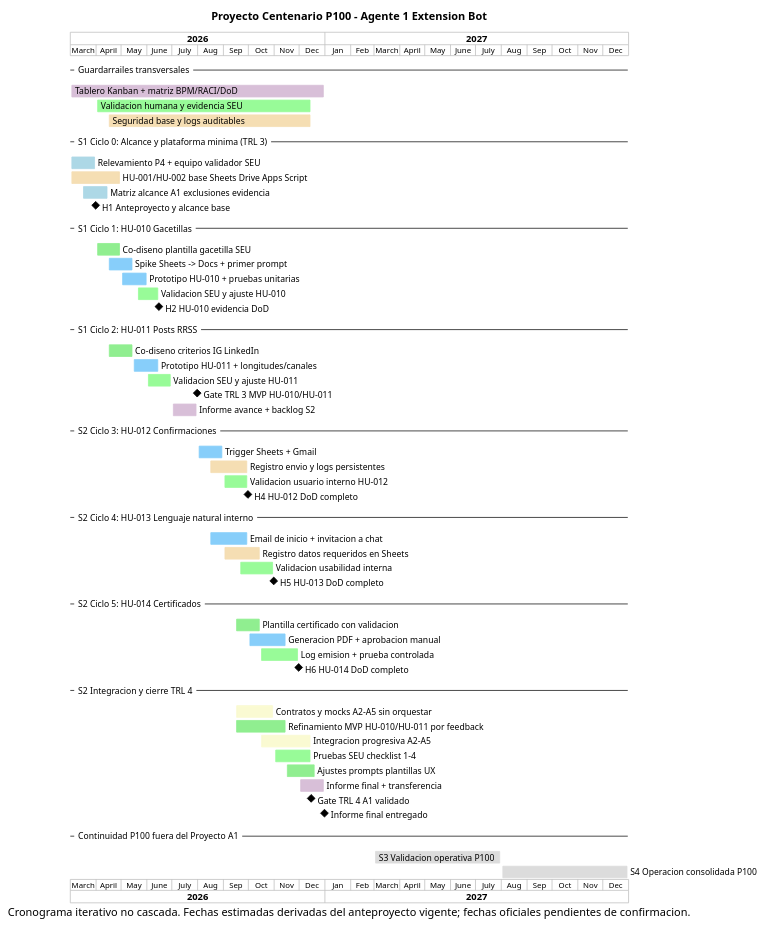
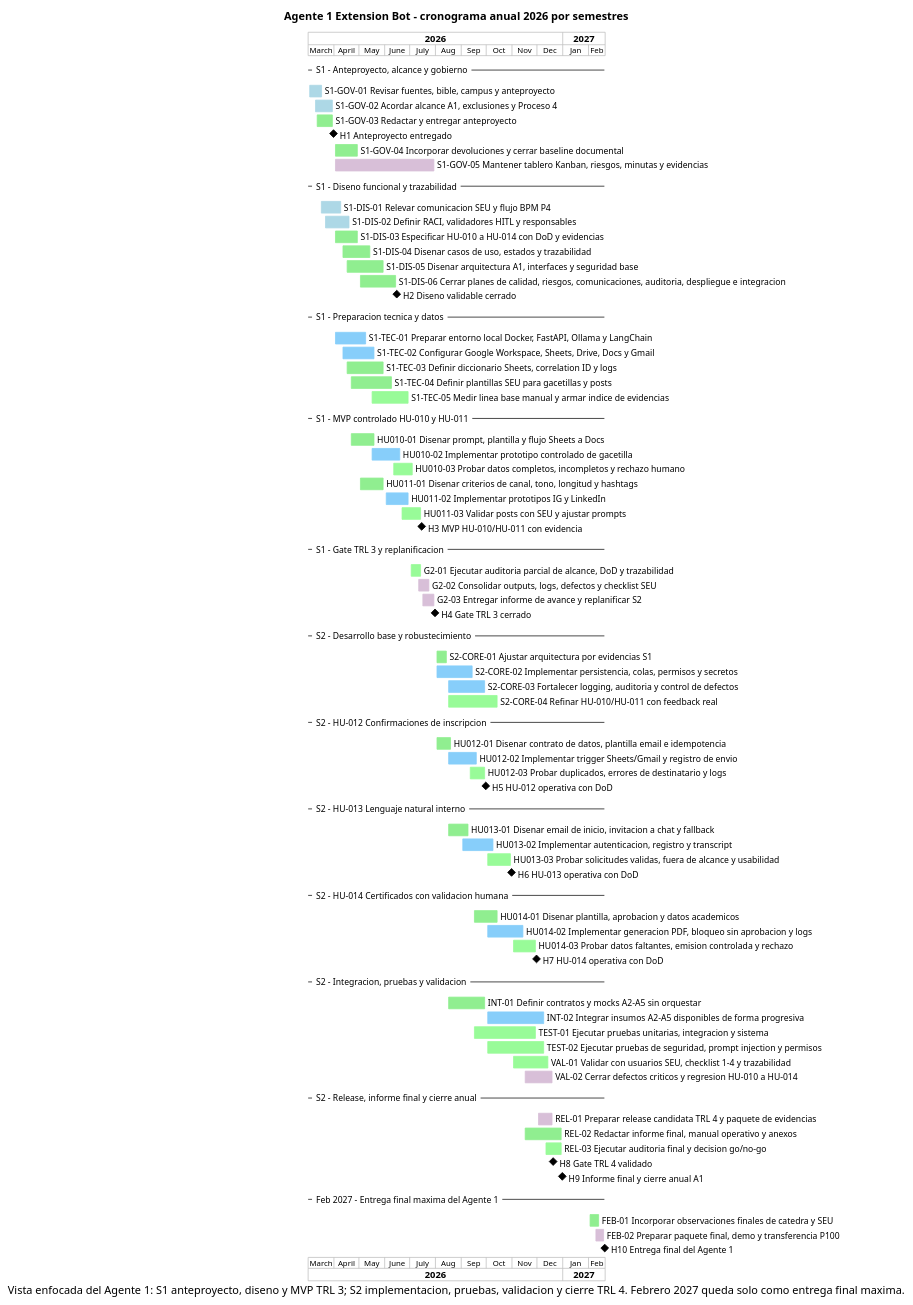
One commit to SpendIce/Proyecto-Final changed the diagram in Documentos/Gantt/diagrama-gantt-agente-1.puml. Above: the diagram before and after it, drawn with PlantUML. The commit also changed 3 other files, not shown here.

Commit message:
docs(gantt): focus agente 1 schedule on 2026

```diff
--- a/Documentos/Gantt/diagrama-gantt-agente-1.puml
+++ b/Documentos/Gantt/diagrama-gantt-agente-1.puml
@@ -1,155 +1,236 @@
 @startgantt
-title Proyecto Centenario P100 - Agente 1 Extension Bot
-caption Cronograma iterativo no cascada. Fechas estimadas derivadas del anteproyecto vigente; fechas oficiales pendientes de confirmacion.
+title Agente 1 Extension Bot - cronograma anual 2026 por semestres
+caption Vista enfocada del Agente 1: S1 anteproyecto, diseno y MVP TRL 3; S2 implementacion, pruebas, validacion y cierre TRL 4. Febrero 2027 queda solo como entrega final maxima.
 
 project starts 2026-03-01
 printscale monthly
 
--- Guardarrailes transversales --
-[Tablero Kanban + matriz BPM/RACI/DoD] starts 2026-03-01
-[Tablero Kanban + matriz BPM/RACI/DoD] ends 2026-12-31
-[Tablero Kanban + matriz BPM/RACI/DoD] is colored in Thistle
+-- S1 - Anteproyecto, alcance y gobierno --
+[S1-GOV-01 Revisar fuentes, bible, campus y anteproyecto] starts 2026-03-01
+[S1-GOV-01 Revisar fuentes, bible, campus y anteproyecto] ends 2026-03-18
+[S1-GOV-01 Revisar fuentes, bible, campus y anteproyecto] is colored in LightBlue
 
-[Validacion humana y evidencia SEU] starts 2026-04-01
-[Validacion humana y evidencia SEU] ends 2026-12-15
-[Validacion humana y evidencia SEU] is colored in PaleGreen
+[S1-GOV-02 Acordar alcance A1, exclusiones y Proceso 4] starts 2026-03-08
+[S1-GOV-02 Acordar alcance A1, exclusiones y Proceso 4] ends 2026-03-31
+[S1-GOV-02 Acordar alcance A1, exclusiones y Proceso 4] is colored in LightBlue
 
-[Seguridad base y logs auditables] starts 2026-04-15
-[Seguridad base y logs auditables] ends 2026-12-15
-[Seguridad base y logs auditables] is colored in Wheat
+[S1-GOV-03 Redactar y entregar anteproyecto] starts 2026-03-10
+[S1-GOV-03 Redactar y entregar anteproyecto] ends 2026-03-31
+[S1-GOV-03 Redactar y entregar anteproyecto] is colored in LightGreen
 
--- S1 Ciclo 0: Alcance y plataforma minima (TRL 3) --
-[Relevamiento P4 + equipo validador SEU] starts 2026-03-01
-[Relevamiento P4 + equipo validador SEU] ends 2026-03-31
-[Relevamiento P4 + equipo validador SEU] is colored in LightBlue
+[H1 Anteproyecto entregado] happens 2026-03-31
 
-[HU-001/HU-002 base Sheets Drive Apps Script] starts 2026-03-01
-[HU-001/HU-002 base Sheets Drive Apps Script] ends 2026-04-30
-[HU-001/HU-002 base Sheets Drive Apps Script] is colored in Wheat
+[S1-GOV-04 Incorporar devoluciones y cerrar baseline documental] starts 2026-04-01
+[S1-GOV-04 Incorporar devoluciones y cerrar baseline documental] ends 2026-04-30
+[S1-GOV-04 Incorporar devoluciones y cerrar baseline documental] is colored in LightGreen
 
-[Matriz alcance A1 exclusiones evidencia] starts 2026-03-15
-[Matriz alcance A1 exclusiones evidencia] ends 2026-04-15
-[Matriz alcance A1 exclusiones evidencia] is colored in LightBlue
+[S1-GOV-05 Mantener tablero Kanban, riesgos, minutas y evidencias] starts 2026-04-01
+[S1-GOV-05 Mantener tablero Kanban, riesgos, minutas y evidencias] ends 2026-07-31
+[S1-GOV-05 Mantener tablero Kanban, riesgos, minutas y evidencias] is colored in Thistle
 
-[H1 Anteproyecto y alcance base] happens 2026-03-31
+-- S1 - Diseno funcional y trazabilidad --
+[S1-DIS-01 Relevar comunicacion SEU y flujo BPM P4] starts 2026-03-15
+[S1-DIS-01 Relevar comunicacion SEU y flujo BPM P4] ends 2026-04-10
+[S1-DIS-01 Relevar comunicacion SEU y flujo BPM P4] is colored in LightBlue
 
--- S1 Ciclo 1: HU-010 Gacetillas --
-[Co-diseno plantilla gacetilla SEU] starts 2026-04-01
-[Co-diseno plantilla gacetilla SEU] ends 2026-04-30
-[Co-diseno plantilla gacetilla SEU] is colored in LightGreen
+[S1-DIS-02 Definir RACI, validadores HITL y responsables] starts 2026-03-20
+[S1-DIS-02 Definir RACI, validadores HITL y responsables] ends 2026-04-20
+[S1-DIS-02 Definir RACI, validadores HITL y responsables] is colored in LightBlue
 
-[Spike Sheets -> Docs + primer prompt] starts 2026-04-15
-[Spike Sheets -> Docs + primer prompt] ends 2026-05-15
-[Spike Sheets -> Docs + primer prompt] is colored in LightSkyBlue
+[S1-DIS-03 Especificar HU-010 a HU-014 con DoD y evidencias] starts 2026-04-01
+[S1-DIS-03 Especificar HU-010 a HU-014 con DoD y evidencias] ends 2026-04-30
+[S1-DIS-03 Especificar HU-010 a HU-014 con DoD y evidencias] is colored in LightGreen
 
-[Prototipo HU-010 + pruebas unitarias] starts 2026-05-01
-[Prototipo HU-010 + pruebas unitarias] ends 2026-06-01
-[Prototipo HU-010 + pruebas unitarias] is colored in LightSkyBlue
+[S1-DIS-04 Disenar casos de uso, estados y trazabilidad] starts 2026-04-10
+[S1-DIS-04 Disenar casos de uso, estados y trazabilidad] ends 2026-05-15
+[S1-DIS-04 Disenar casos de uso, estados y trazabilidad] is colored in LightGreen
 
-[Validacion SEU y ajuste HU-010] starts 2026-05-20
-[Validacion SEU y ajuste HU-010] ends 2026-06-15
-[Validacion SEU y ajuste HU-010] is colored in PaleGreen
+[S1-DIS-05 Disenar arquitectura A1, interfaces y seguridad base] starts 2026-04-15
+[S1-DIS-05 Disenar arquitectura A1, interfaces y seguridad base] ends 2026-05-31
+[S1-DIS-05 Disenar arquitectura A1, interfaces y seguridad base] is colored in LightGreen
 
-[H2 HU-010 evidencia DoD] happens 2026-06-15
+[S1-DIS-06 Cerrar planes de calidad, riesgos, comunicaciones, auditoria, despliegue e integracion] starts 2026-05-01
+[S1-DIS-06 Cerrar planes de calidad, riesgos, comunicaciones, auditoria, despliegue e integracion] ends 2026-06-15
+[S1-DIS-06 Cerrar planes de calidad, riesgos, comunicaciones, auditoria, despliegue e integracion] is colored in LightGreen
 
--- S1 Ciclo 2: HU-011 Posts RRSS --
-[Co-diseno criterios IG LinkedIn] starts 2026-04-15
-[Co-diseno criterios IG LinkedIn] ends 2026-05-15
-[Co-diseno criterios IG LinkedIn] is colored in LightGreen
+[H2 Diseno validable cerrado] happens 2026-06-15
 
-[Prototipo HU-011 + longitudes/canales] starts 2026-05-15
-[Prototipo HU-011 + longitudes/canales] ends 2026-06-15
-[Prototipo HU-011 + longitudes/canales] is colored in LightSkyBlue
+-- S1 - Preparacion tecnica y datos --
+[S1-TEC-01 Preparar entorno local Docker, FastAPI, Ollama y LangChain] starts 2026-04-01
+[S1-TEC-01 Preparar entorno local Docker, FastAPI, Ollama y LangChain] ends 2026-05-10
+[S1-TEC-01 Preparar entorno local Docker, FastAPI, Ollama y LangChain] is colored in LightSkyBlue
 
-[Validacion SEU y ajuste HU-011] starts 2026-06-01
-[Validacion SEU y ajuste HU-011] ends 2026-06-30
-[Validacion SEU y ajuste HU-011] is colored in PaleGreen
+[S1-TEC-02 Configurar Google Workspace, Sheets, Drive, Docs y Gmail] starts 2026-04-10
+[S1-TEC-02 Configurar Google Workspace, Sheets, Drive, Docs y Gmail] ends 2026-05-20
+[S1-TEC-02 Configurar Google Workspace, Sheets, Drive, Docs y Gmail] is colored in LightSkyBlue
 
-[Gate TRL 3 MVP HU-010/HU-011] happens 2026-07-31
+[S1-TEC-03 Definir diccionario Sheets, correlation ID y logs] starts 2026-04-15
+[S1-TEC-03 Definir diccionario Sheets, correlation ID y logs] ends 2026-05-31
+[S1-TEC-03 Definir diccionario Sheets, correlation ID y logs] is colored in LightGreen
 
-[Informe avance + backlog S2] starts 2026-07-01
-[Informe avance + backlog S2] ends 2026-07-31
-[Informe avance + backlog S2] is colored in Thistle
+[S1-TEC-04 Definir plantillas SEU para gacetillas y posts] starts 2026-04-20
+[S1-TEC-04 Definir plantillas SEU para gacetillas y posts] ends 2026-06-10
+[S1-TEC-04 Definir plantillas SEU para gacetillas y posts] is colored in LightGreen
 
--- S2 Ciclo 3: HU-012 Confirmaciones --
-[Trigger Sheets + Gmail] starts 2026-08-01
-[Trigger Sheets + Gmail] ends 2026-08-31
-[Trigger Sheets + Gmail] is colored in LightSkyBlue
+[S1-TEC-05 Medir linea base manual y armar indice de evidencias] starts 2026-05-15
+[S1-TEC-05 Medir linea base manual y armar indice de evidencias] ends 2026-06-30
+[S1-TEC-05 Medir linea base manual y armar indice de evidencias] is colored in PaleGreen
 
-[Registro envio y logs persistentes] starts 2026-08-15
-[Registro envio y logs persistentes] ends 2026-09-30
-[Registro envio y logs persistentes] is colored in Wheat
+-- S1 - MVP controlado HU-010 y HU-011 --
+[HU010-01 Disenar prompt, plantilla y flujo Sheets a Docs] starts 2026-04-20
+[HU010-01 Disenar prompt, plantilla y flujo Sheets a Docs] ends 2026-05-20
+[HU010-01 Disenar prompt, plantilla y flujo Sheets a Docs] is colored in LightGreen
 
-[Validacion usuario interno HU-012] starts 2026-09-01
-[Validacion usuario interno HU-012] ends 2026-09-30
-[Validacion usuario interno HU-012] is colored in PaleGreen
+[HU010-02 Implementar prototipo controlado de gacetilla] starts 2026-05-15
+[HU010-02 Implementar prototipo controlado de gacetilla] ends 2026-06-20
+[HU010-02 Implementar prototipo controlado de gacetilla] is colored in LightSkyBlue
 
-[H4 HU-012 DoD completo] happens 2026-09-30
+[HU010-03 Probar datos completos, incompletos y rechazo humano] starts 2026-06-10
+[HU010-03 Probar datos completos, incompletos y rechazo humano] ends 2026-07-05
+[HU010-03 Probar datos completos, incompletos y rechazo humano] is colored in PaleGreen
 
--- S2 Ciclo 4: HU-013 Lenguaje natural interno --
-[Email de inicio + invitacion a chat] starts 2026-08-15
-[Email de inicio + invitacion a chat] ends 2026-09-30
-[Email de inicio + invitacion a chat] is colored in LightSkyBlue
+[HU011-01 Disenar criterios de canal, tono, longitud y hashtags] starts 2026-05-01
+[HU011-01 Disenar criterios de canal, tono, longitud y hashtags] ends 2026-05-31
+[HU011-01 Disenar criterios de canal, tono, longitud y hashtags] is colored in LightGreen
 
-[Registro datos requeridos en Sheets] starts 2026-09-01
-[Registro datos requeridos en Sheets] ends 2026-10-15
-[Registro datos requeridos en Sheets] is colored in Wheat
+[HU011-02 Implementar prototipos IG y LinkedIn] starts 2026-06-01
+[HU011-02 Implementar prototipos IG y LinkedIn] ends 2026-06-30
+[HU011-02 Implementar prototipos IG y LinkedIn] is colored in LightSkyBlue
 
-[Validacion usabilidad interna] starts 2026-09-20
-[Validacion usabilidad interna] ends 2026-10-31
-[Validacion usabilidad interna] is colored in PaleGreen
+[HU011-03 Validar posts con SEU y ajustar prompts] starts 2026-06-20
+[HU011-03 Validar posts con SEU y ajustar prompts] ends 2026-07-15
+[HU011-03 Validar posts con SEU y ajustar prompts] is colored in PaleGreen
 
-[H5 HU-013 DoD completo] happens 2026-10-31
+[H3 MVP HU-010/HU-011 con evidencia] happens 2026-07-15
 
--- S2 Ciclo 5: HU-014 Certificados --
-[Plantilla certificado con validacion] starts 2026-09-15
-[Plantilla certificado con validacion] ends 2026-10-15
-[Plantilla certificado con validacion] is colored in LightGreen
+-- S1 - Gate TRL 3 y replanificacion --
+[G2-01 Ejecutar auditoria parcial de alcance, DoD y trazabilidad] starts 2026-07-01
+[G2-01 Ejecutar auditoria parcial de alcance, DoD y trazabilidad] ends 2026-07-15
+[G2-01 Ejecutar auditoria parcial de alcance, DoD y trazabilidad] is colored in PaleGreen
 
-[Generacion PDF + aprobacion manual] starts 2026-10-01
-[Generacion PDF + aprobacion manual] ends 2026-11-15
-[Generacion PDF + aprobacion manual] is colored in LightSkyBlue
+[G2-02 Consolidar outputs, logs, defectos y checklist SEU] starts 2026-07-10
+[G2-02 Consolidar outputs, logs, defectos y checklist SEU] ends 2026-07-25
+[G2-02 Consolidar outputs, logs, defectos y checklist SEU] is colored in Thistle
 
-[Log emision + prueba controlada] starts 2026-10-15
-[Log emision + prueba controlada] ends 2026-11-30
-[Log emision + prueba controlada] is colored in PaleGreen
+[G2-03 Entregar informe de avance y replanificar S2] starts 2026-07-15
+[G2-03 Entregar informe de avance y replanificar S2] ends 2026-07-31
+[G2-03 Entregar informe de avance y replanificar S2] is colored in Thistle
 
-[H6 HU-014 DoD completo] happens 2026-11-30
+[H4 Gate TRL 3 cerrado] happens 2026-07-31
 
--- S2 Integracion y cierre TRL 4 --
-[Contratos y mocks A2-A5 sin orquestar] starts 2026-09-15
-[Contratos y mocks A2-A5 sin orquestar] ends 2026-10-31
-[Contratos y mocks A2-A5 sin orquestar] is colored in LightGoldenRodYellow
+-- S2 - Desarrollo base y robustecimiento --
+[S2-CORE-01 Ajustar arquitectura por evidencias S1] starts 2026-08-01
+[S2-CORE-01 Ajustar arquitectura por evidencias S1] ends 2026-08-15
+[S2-CORE-01 Ajustar arquitectura por evidencias S1] is colored in LightGreen
 
-[Refinamiento MVP HU-010/HU-011 por feedback] starts 2026-09-15
-[Refinamiento MVP HU-010/HU-011 por feedback] ends 2026-11-15
-[Refinamiento MVP HU-010/HU-011 por feedback] is colored in LightGreen
+[S2-CORE-02 Implementar persistencia, colas, permisos y secretos] starts 2026-08-01
+[S2-CORE-02 Implementar persistencia, colas, permisos y secretos] ends 2026-09-15
+[S2-CORE-02 Implementar persistencia, colas, permisos y secretos] is colored in LightSkyBlue
 
-[Integracion progresiva A2-A5] starts 2026-10-15
-[Integracion progresiva A2-A5] ends 2026-12-15
-[Integracion progresiva A2-A5] is colored in LightGoldenRodYellow
+[S2-CORE-03 Fortalecer logging, auditoria y control de defectos] starts 2026-08-15
+[S2-CORE-03 Fortalecer logging, auditoria y control de defectos] ends 2026-09-30
+[S2-CORE-03 Fortalecer logging, auditoria y control de defectos] is colored in LightSkyBlue
 
-[Pruebas SEU checklist 1-4] starts 2026-11-01
-[Pruebas SEU checklist 1-4] ends 2026-12-15
-[Pruebas SEU checklist 1-4] is colored in PaleGreen
+[S2-CORE-04 Refinar HU-010/HU-011 con feedback real] starts 2026-08-15
+[S2-CORE-04 Refinar HU-010/HU-011 con feedback real] ends 2026-10-15
+[S2-CORE-04 Refinar HU-010/HU-011 con feedback real] is colored in PaleGreen
 
-[Ajustes prompts plantillas UX] starts 2026-11-15
-[Ajustes prompts plantillas UX] ends 2026-12-20
-[Ajustes prompts plantillas UX] is colored in LightGreen
+-- S2 - HU-012 Confirmaciones de inscripcion --
+[HU012-01 Disenar contrato de datos, plantilla email e idempotencia] starts 2026-08-01
+[HU012-01 Disenar contrato de datos, plantilla email e idempotencia] ends 2026-08-20
+[HU012-01 Disenar contrato de datos, plantilla email e idempotencia] is colored in LightGreen
 
-[Informe final + transferencia] starts 2026-12-01
-[Informe final + transferencia] ends 2026-12-31
-[Informe final + transferencia] is colored in Thistle
+[HU012-02 Implementar trigger Sheets/Gmail y registro de envio] starts 2026-08-15
+[HU012-02 Implementar trigger Sheets/Gmail y registro de envio] ends 2026-09-20
+[HU012-02 Implementar trigger Sheets/Gmail y registro de envio] is colored in LightSkyBlue
 
-[Gate TRL 4 A1 validado] happens 2026-12-15
-[Informe final entregado] happens 2026-12-31
+[HU012-03 Probar duplicados, errores de destinatario y logs] starts 2026-09-10
+[HU012-03 Probar duplicados, errores de destinatario y logs] ends 2026-09-30
+[HU012-03 Probar duplicados, errores de destinatario y logs] is colored in PaleGreen
 
--- Continuidad P100 fuera del Proyecto A1 --
-[S3 Validacion operativa P100] starts 2027-03-01
-[S3 Validacion operativa P100] ends 2027-07-31
-[S3 Validacion operativa P100] is colored in Gainsboro
+[H5 HU-012 operativa con DoD] happens 2026-09-30
 
-[S4 Operacion consolidada P100] starts 2027-08-01
-[S4 Operacion consolidada P100] ends 2027-12-31
-[S4 Operacion consolidada P100] is colored in Gainsboro
+-- S2 - HU-013 Lenguaje natural interno --
+[HU013-01 Disenar email de inicio, invitacion a chat y fallback] starts 2026-08-15
+[HU013-01 Disenar email de inicio, invitacion a chat y fallback] ends 2026-09-10
+[HU013-01 Disenar email de inicio, invitacion a chat y fallback] is colored in LightGreen
+
+[HU013-02 Implementar autenticacion, registro y transcript] starts 2026-09-01
+[HU013-02 Implementar autenticacion, registro y transcript] ends 2026-10-10
+[HU013-02 Implementar autenticacion, registro y transcript] is colored in LightSkyBlue
+
+[HU013-03 Probar solicitudes validas, fuera de alcance y usabilidad] starts 2026-10-01
+[HU013-03 Probar solicitudes validas, fuera de alcance y usabilidad] ends 2026-10-31
+[HU013-03 Probar solicitudes validas, fuera de alcance y usabilidad] is colored in PaleGreen
+
+[H6 HU-013 operativa con DoD] happens 2026-10-31
+
+-- S2 - HU-014 Certificados con validacion humana --
+[HU014-01 Disenar plantilla, aprobacion y datos academicos] starts 2026-09-15
+[HU014-01 Disenar plantilla, aprobacion y datos academicos] ends 2026-10-15
+[HU014-01 Disenar plantilla, aprobacion y datos academicos] is colored in LightGreen
+
+[HU014-02 Implementar generacion PDF, bloqueo sin aprobacion y logs] starts 2026-10-01
+[HU014-02 Implementar generacion PDF, bloqueo sin aprobacion y logs] ends 2026-11-15
+[HU014-02 Implementar generacion PDF, bloqueo sin aprobacion y logs] is colored in LightSkyBlue
+
+[HU014-03 Probar datos faltantes, emision controlada y rechazo] starts 2026-11-01
+[HU014-03 Probar datos faltantes, emision controlada y rechazo] ends 2026-11-30
+[HU014-03 Probar datos faltantes, emision controlada y rechazo] is colored in PaleGreen
+
+[H7 HU-014 operativa con DoD] happens 2026-11-30
+
+-- S2 - Integracion, pruebas y validacion --
+[INT-01 Definir contratos y mocks A2-A5 sin orquestar] starts 2026-08-15
+[INT-01 Definir contratos y mocks A2-A5 sin orquestar] ends 2026-09-30
+[INT-01 Definir contratos y mocks A2-A5 sin orquestar] is colored in LightGreen
+
+[INT-02 Integrar insumos A2-A5 disponibles de forma progresiva] starts 2026-10-01
+[INT-02 Integrar insumos A2-A5 disponibles de forma progresiva] ends 2026-12-10
+[INT-02 Integrar insumos A2-A5 disponibles de forma progresiva] is colored in LightSkyBlue
+
+[TEST-01 Ejecutar pruebas unitarias, integracion y sistema] starts 2026-09-15
+[TEST-01 Ejecutar pruebas unitarias, integracion y sistema] ends 2026-11-30
+[TEST-01 Ejecutar pruebas unitarias, integracion y sistema] is colored in PaleGreen
+
+[TEST-02 Ejecutar pruebas de seguridad, prompt injection y permisos] starts 2026-10-01
+[TEST-02 Ejecutar pruebas de seguridad, prompt injection y permisos] ends 2026-12-10
+[TEST-02 Ejecutar pruebas de seguridad, prompt injection y permisos] is colored in PaleGreen
+
+[VAL-01 Validar con usuarios SEU, checklist 1-4 y trazabilidad] starts 2026-11-01
+[VAL-01 Validar con usuarios SEU, checklist 1-4 y trazabilidad] ends 2026-12-15
+[VAL-01 Validar con usuarios SEU, checklist 1-4 y trazabilidad] is colored in PaleGreen
+
+[VAL-02 Cerrar defectos criticos y regresion HU-010 a HU-014] starts 2026-11-15
+[VAL-02 Cerrar defectos criticos y regresion HU-010 a HU-014] ends 2026-12-20
+[VAL-02 Cerrar defectos criticos y regresion HU-010 a HU-014] is colored in Thistle
+
+-- S2 - Release, informe final y cierre anual --
+[REL-01 Preparar release candidata TRL 4 y paquete de evidencias] starts 2026-12-01
+[REL-01 Preparar release candidata TRL 4 y paquete de evidencias] ends 2026-12-20
+[REL-01 Preparar release candidata TRL 4 y paquete de evidencias] is colored in Thistle
+
+[REL-02 Redactar informe final, manual operativo y anexos] starts 2026-11-15
+[REL-02 Redactar informe final, manual operativo y anexos] ends 2026-12-31
+[REL-02 Redactar informe final, manual operativo y anexos] is colored in LightGreen
+
+[REL-03 Ejecutar auditoria final y decision go/no-go] starts 2026-12-10
+[REL-03 Ejecutar auditoria final y decision go/no-go] ends 2026-12-31
+[REL-03 Ejecutar auditoria final y decision go/no-go] is colored in PaleGreen
+
+[H8 Gate TRL 4 validado] happens 2026-12-20
+
+[H9 Informe final y cierre anual A1] happens 2026-12-31
+
+-- Feb 2027 - Entrega final maxima del Agente 1 --
+[FEB-01 Incorporar observaciones finales de catedra y SEU] starts 2027-02-01
+[FEB-01 Incorporar observaciones finales de catedra y SEU] ends 2027-02-14
+[FEB-01 Incorporar observaciones finales de catedra y SEU] is colored in LightGreen
+
+[FEB-02 Preparar paquete final, demo y transferencia P100] starts 2027-02-08
+[FEB-02 Preparar paquete final, demo y transferencia P100] ends 2027-02-20
+[FEB-02 Preparar paquete final, demo y transferencia P100] is colored in Thistle
+
+[H10 Entrega final del Agente 1] happens 2027-02-20
+
 @endgantt
```
